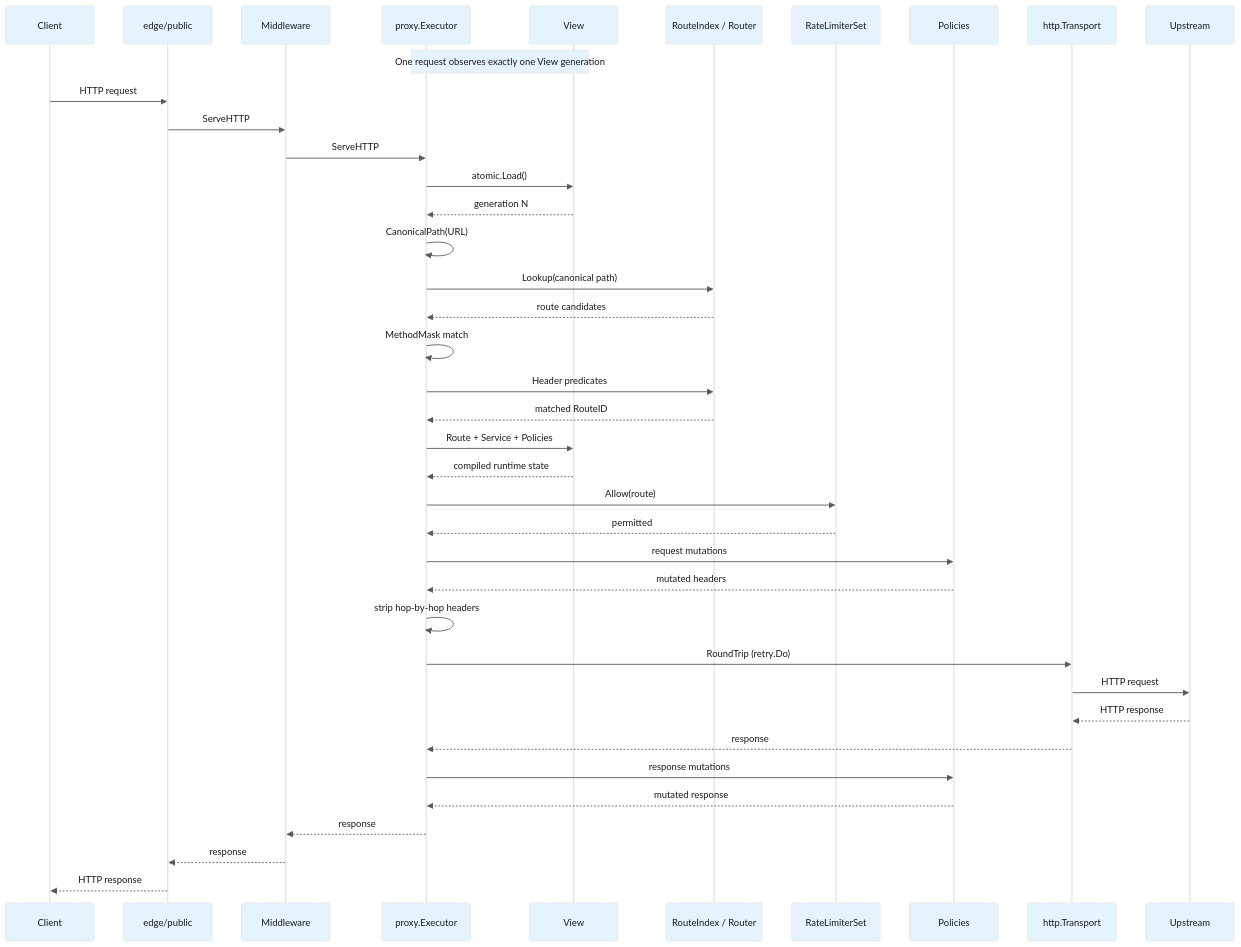
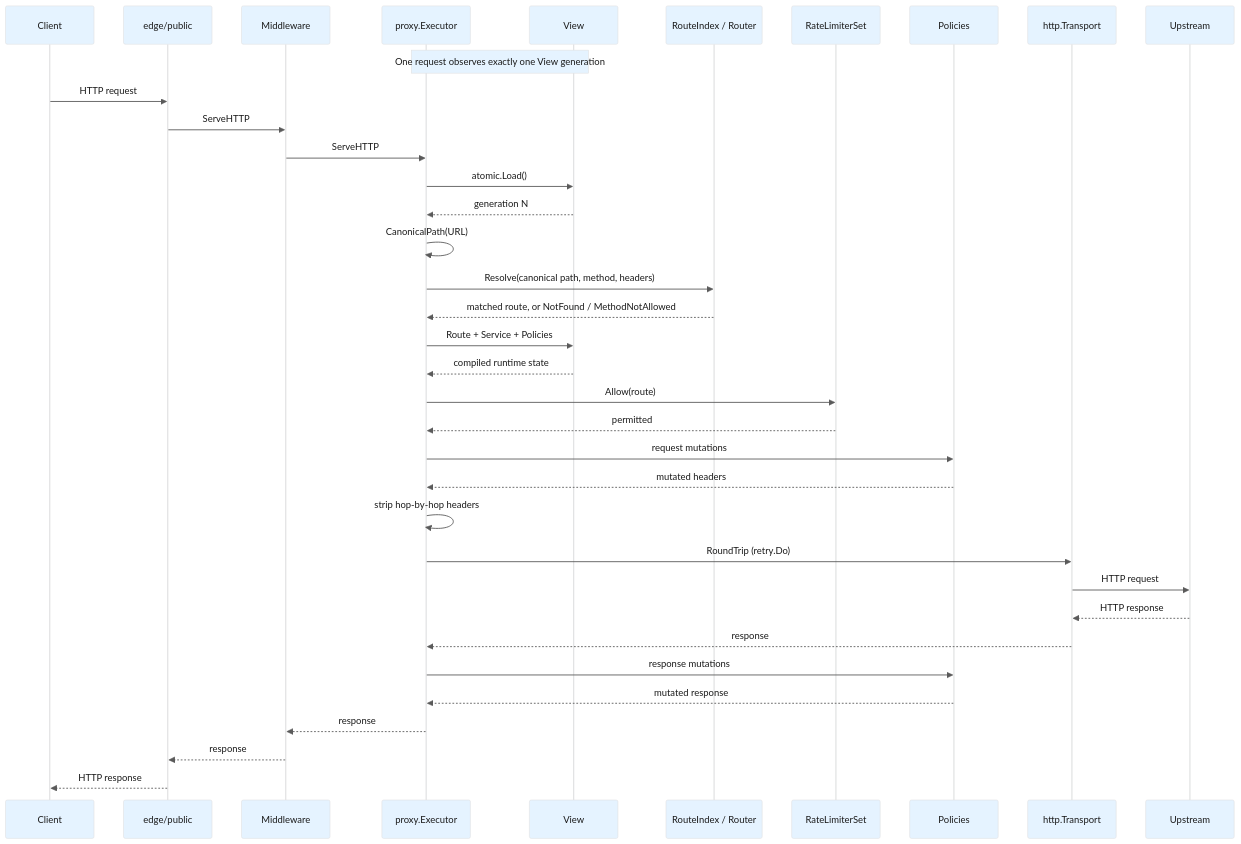
Before and after one commit to HAL-X9/aegis: the second of 3 diagrams in ARCHITECTURE.md, drawn with Mermaid. The commit also changed other lines of this file and 9 other files, not shown here.

````diff
--- a/ARCHITECTURE.md
+++ b/ARCHITECTURE.md
@@ -60,55 +60,51 @@
 ```mermaid
 %%{init: {'theme':'base', 'themeVariables': {'actorBkg':'#e5f3ff','actorBorder':'#e0e1e2','actorTextColor':'#1a1a1a','actorLineColor':'#e0e1e2','signalColor':'#5a5a5a','signalTextColor':'#1a1a1a','noteBkgColor':'#e5f3ff','noteBorderColor':'#e0e1e2','noteTextColor':'#1a1a1a','sequenceNumberColor':'#1a1a1a'}}}%%
 sequenceDiagram
     participant C as Client
     participant E as edge/public
     participant M as Middleware
     participant X as proxy.Executor
     participant V as View
     participant R as RouteIndex / Router
     participant L as RateLimiterSet
     participant P as Policies
     participant T as http.Transport
     participant U as Upstream
 
     Note over V,X: One request observes exactly one View generation
 
     C->>E: HTTP request
     E->>M: ServeHTTP
     M->>X: ServeHTTP
 
     X->>V: atomic.Load()
     V-->>X: generation N
 
     X->>X: CanonicalPath(URL)
 
-    X->>R: Lookup(canonical path)
-    R-->>X: route candidates
-
-    X->>X: MethodMask match
-    X->>R: Header predicates
-    R-->>X: matched RouteID
+    X->>R: Resolve(canonical path, method, headers)
+    R-->>X: matched route, or NotFound / MethodNotAllowed
 
     X->>V: Route + Service + Policies
     V-->>X: compiled runtime state
 
     X->>L: Allow(route)
     L-->>X: permitted
 
     X->>P: request mutations
     P-->>X: mutated headers
 
     X->>X: strip hop-by-hop headers
     X->>T: RoundTrip (retry.Do)
 
     T->>U: HTTP request
     U-->>T: HTTP response
     T-->>X: response
 
     X->>P: response mutations
     P-->>X: mutated response
 
     X-->>M: response
     M-->>E: response
     E-->>C: HTTP response
 ```
````
